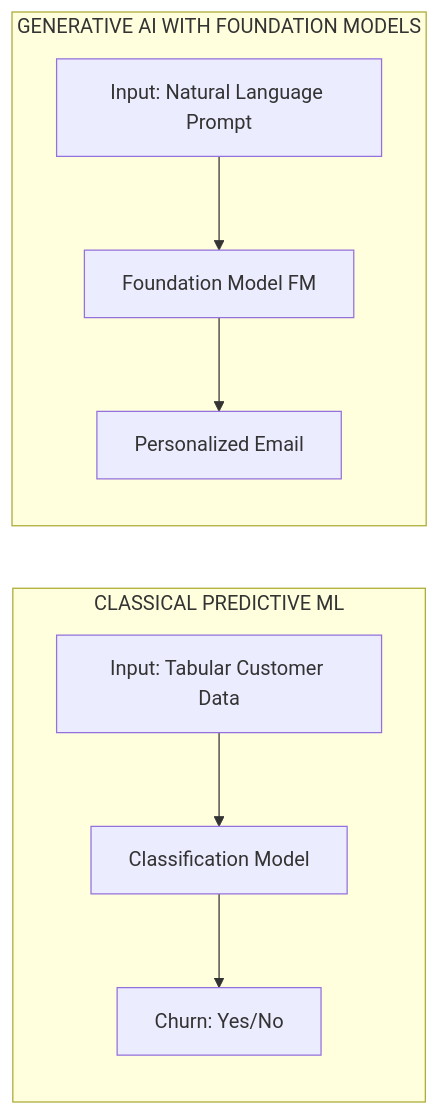
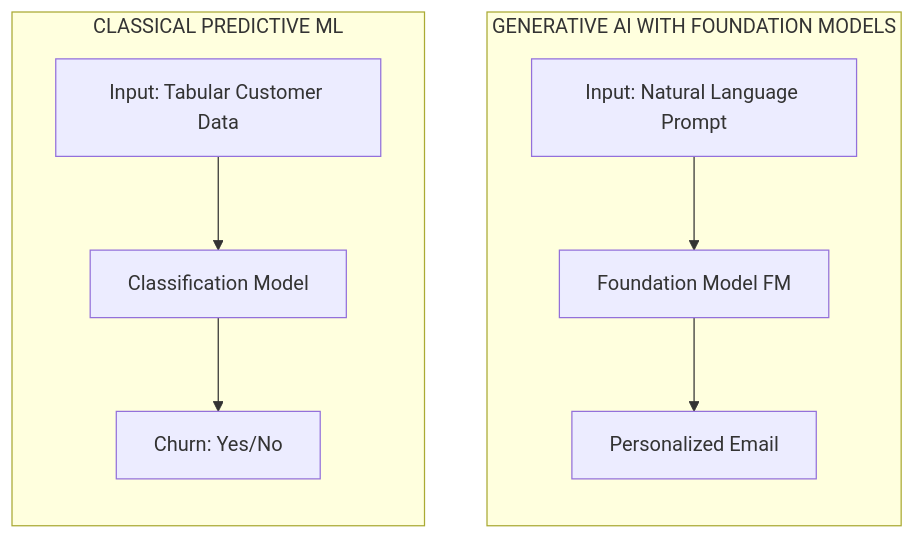
One commit to rensaputra/aws-docs changed the second of 3 diagrams in docs/ai-practitioner/section-3-bedrock-generative-ai/section-intro.mdx. Above: the diagram before and after it, drawn with Mermaid. The commit also changed other lines of this file and 9 other files, not shown here.

````diff
--- a/docs/ai-practitioner/section-3-bedrock-generative-ai/section-intro.mdx
+++ b/docs/ai-practitioner/section-3-bedrock-generative-ai/section-intro.mdx
@@ -33,12 +33,14 @@
 ```mermaid
 graph LR
     subgraph Classical[CLASSICAL PREDICTIVE ML]
         C_In[Input: Tabular Customer Data] --> C_Model[Classification Model]
         C_Model --> C_Out["Churn: Yes/No"]
     end
 
     subgraph Generative[GENERATIVE AI WITH FOUNDATION MODELS]
         G_In[Input: Natural Language Prompt] --> G_Model[Foundation Model FM]
         G_Model --> G_Out["Personalized Email"]
     end
+
+    Classical ~~~ Generative
 ```
````
